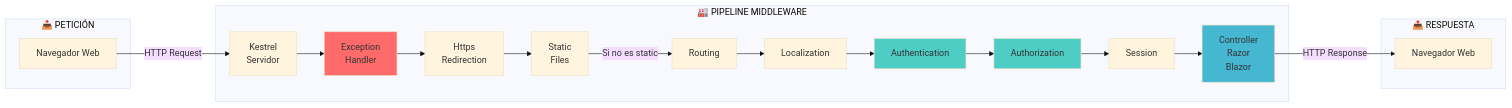
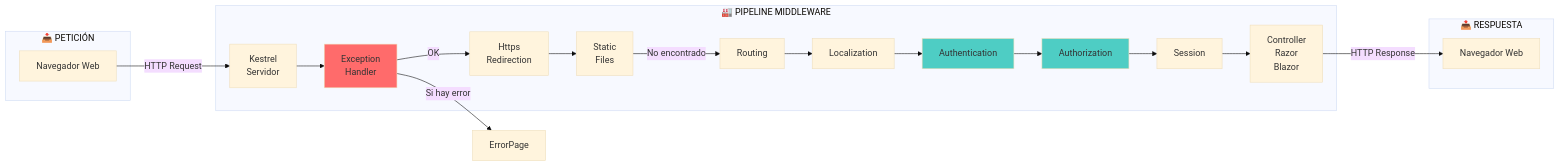
The first of 2 diagrams in doc/01-Architecture-Pipeline-DI.md (joseluisgs/TiendaDawWeb-NetCore), drawn with Mermaid (base theme) before and after one commit. The commit also changed other lines of this file and 45 other files, not shown here.

````diff
--- a/doc/01-Architecture-Pipeline-DI.md
+++ b/doc/01-Architecture-Pipeline-DI.md
@@ -40,40 +22,40 @@
 ```mermaid
 flowchart LR
     subgraph "📥 PETICIÓN"
         Client[Navegador Web]
     end
     
     subgraph "🏭 PIPELINE MIDDLEWARE"
         Kestrel[Kestrel<br/>Servidor]
         Exception[Exception<br/>Handler]
         Https[Https<br/>Redirection]
         Static[Static<br/>Files]
         Routing[Routing]
         Localization[Localization]
         Auth[Authentication]
         Authorization[Authorization]
         Session[Session]
         End[Controller<br/>Razor<br/>Blazor]
     end
     
     subgraph "📤 RESPUESTA"
         Response[Navegador Web]
     end
     
     Client -->|HTTP Request| Kestrel
     Kestrel --> Exception
-    Exception --> Https
+    Exception -->|Si hay error| ErrorPage
+    Exception -->|OK| Https
     Https --> Static
-    Static -->|Si no es static| Routing
+    Static -->|No encontrado| Routing
     Routing --> Localization
     Localization --> Auth
     Auth --> Authorization
     Authorization --> Session
     Session --> End
     End -->|HTTP Response| Response
     
     style Exception fill:#ff6b6b
     style Auth fill:#4ecdc4
     style Authorization fill:#4ecdc4
-    style End fill:#45b7d1
 ```
````
